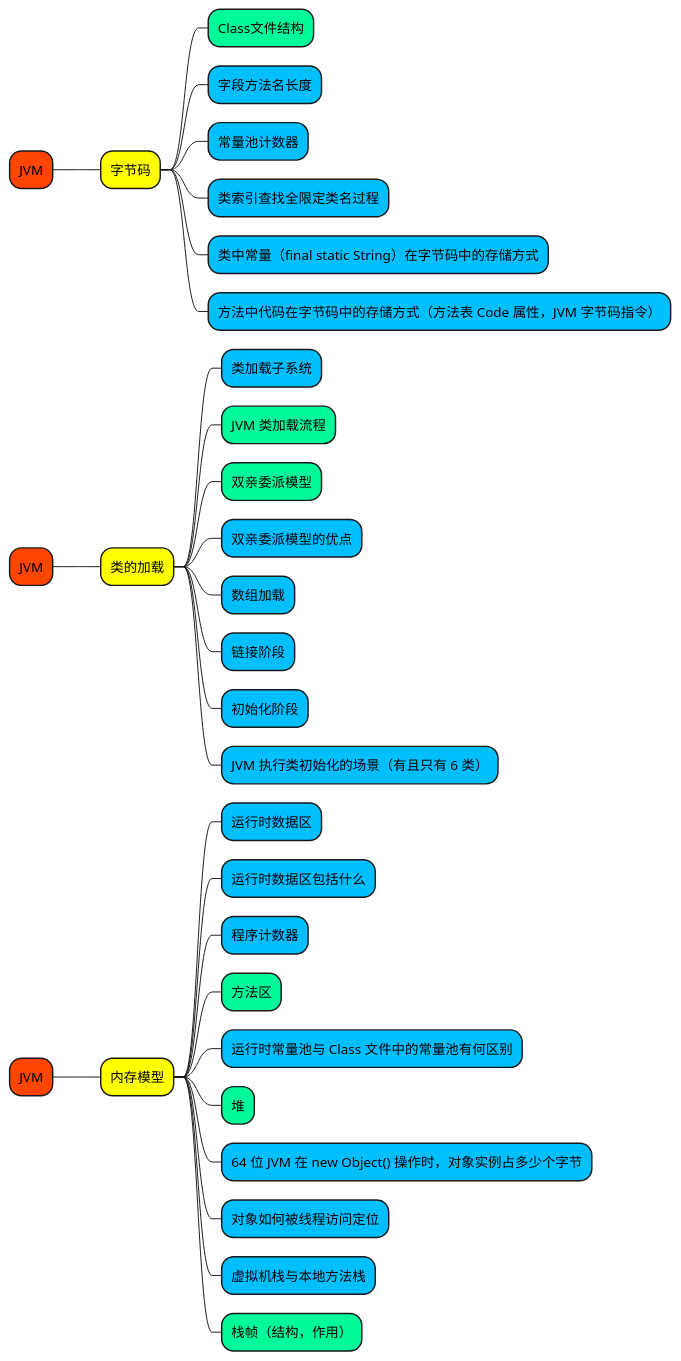
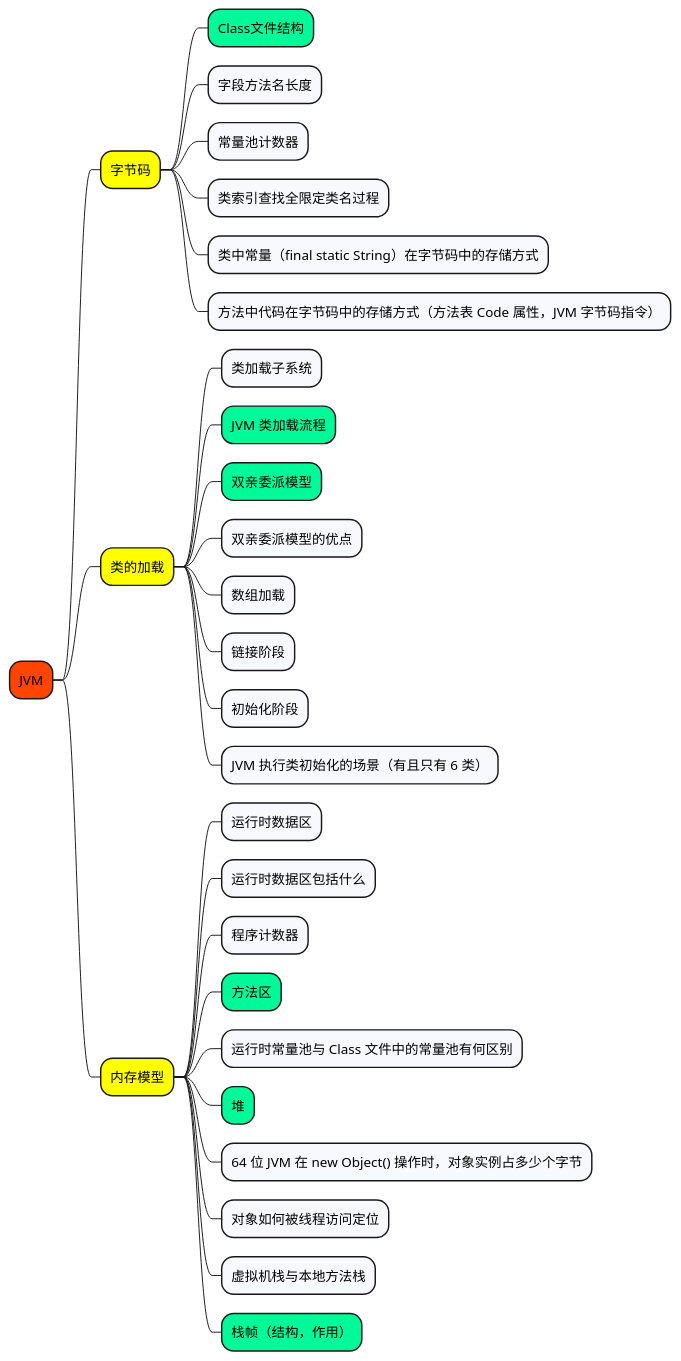
One commit to doveg/self-cultivation-of-a-software-engineer changed the diagram in 2_note/java/JVM/JVM.puml. Above: the diagram before and after it, drawn with PlantUML. The commit also changed other lines of this file and 18 other files, not shown here.

```diff
--- a/2_note/java/JVM/JVM.puml
+++ b/2_note/java/JVM/JVM.puml
@@ -2,65 +1,41 @@
 @startmindmap
-
 
 +[#OrangeRed] JVM
 
 ++[#yellow] 字节码
 
 +++[#MediumSpringGreen] Class文件结构
++++[#GhostWhite] 字段方法名长度
++++[#GhostWhite] 常量池计数器
++++[#GhostWhite] 类索引查找全限定类名过程
++++[#GhostWhite] 类中常量（final static String）在字节码中的存储方式
++++[#GhostWhite] 方法中代码在字节码中的存储方式（方法表 Code 属性，JVM 字节码指令）
 
-+++[#DeepSkyBlue] 字段方法名长度
-
-+++[#DeepSkyBlue] 常量池计数器
-
-+++[#DeepSkyBlue] 类索引查找全限定类名过程
-
-+++[#DeepSkyBlue] 类中常量（final static String）在字节码中的存储方式
-
-+++[#DeepSkyBlue] 方法中代码在字节码中的存储方式（方法表 Code 属性，JVM 字节码指令）
-
-+[#OrangeRed] JVM
 
 ++[#yellow] 类的加载
 
-+++[#DeepSkyBlue] 类加载子系统
++++[#GhostWhite] 类加载子系统
++++[#MediumSpringGreen] JVM 类加载流程
++++[#MediumSpringGreen] 双亲委派模型
++++[#GhostWhite] 双亲委派模型的优点
++++[#GhostWhite] 数组加载
++++[#GhostWhite] 链接阶段
++++[#GhostWhite] 初始化阶段
++++[#GhostWhite] JVM 执行类初始化的场景（有且只有 6 类）
 
-+++[#MediumSpringGreen] JVM 类加载流程
-
-+++[#MediumSpringGreen] 双亲委派模型
-
-+++[#DeepSkyBlue] 双亲委派模型的优点
-
-+++[#DeepSkyBlue] 数组加载
-
-+++[#DeepSkyBlue] 链接阶段
-
-+++[#DeepSkyBlue] 初始化阶段
-
-+++[#DeepSkyBlue] JVM 执行类初始化的场景（有且只有 6 类）
-
-+[#OrangeRed] JVM
 
 ++[#yellow] 内存模型
 
-+++[#DeepSkyBlue] 运行时数据区
-
-+++[#DeepSkyBlue] 运行时数据区包括什么
-
-+++[#DeepSkyBlue] 程序计数器
-
++++[#GhostWhite] 运行时数据区
++++[#GhostWhite] 运行时数据区包括什么
++++[#GhostWhite] 程序计数器
 +++[#MediumSpringGreen] 方法区
-
-+++[#DeepSkyBlue] 运行时常量池与 Class 文件中的常量池有何区别
-
++++[#GhostWhite] 运行时常量池与 Class 文件中的常量池有何区别
 +++[#MediumSpringGreen] 堆
-
-+++[#DeepSkyBlue] 64 位 JVM 在 new Object() 操作时，对象实例占多少个字节
-
-+++[#DeepSkyBlue] 对象如何被线程访问定位
-
-+++[#DeepSkyBlue] 虚拟机栈与本地方法栈
-
++++[#GhostWhite] 64 位 JVM 在 new Object() 操作时，对象实例占多少个字节
++++[#GhostWhite] 对象如何被线程访问定位
++++[#GhostWhite] 虚拟机栈与本地方法栈
 +++[#MediumSpringGreen] 栈帧（结构，作用）
 
 
 @endmindmap
```
